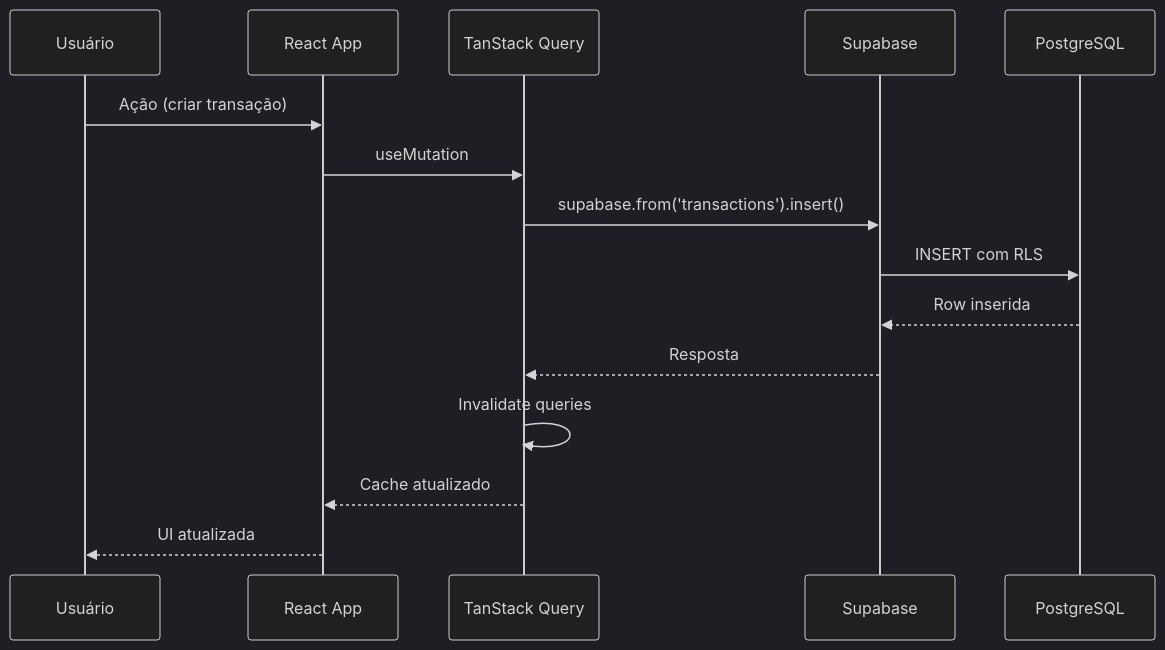
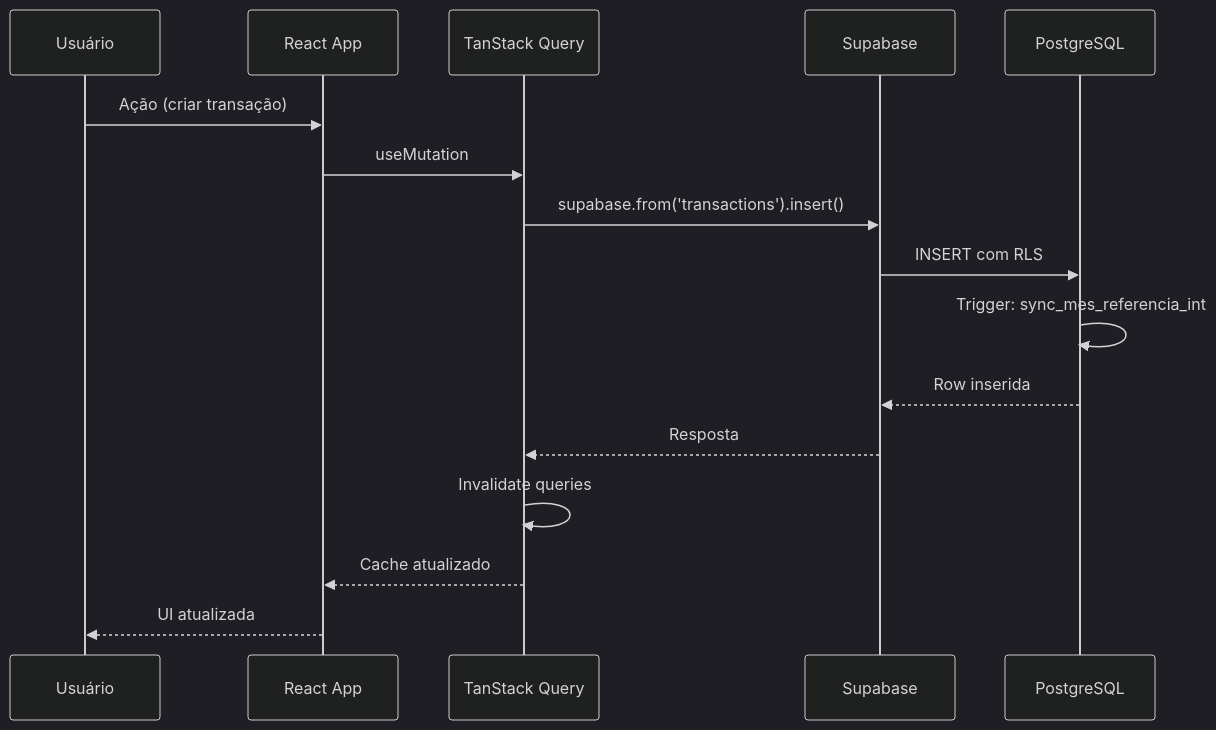
One commit to WesterlleyNeres/seu-dinheiro-planejado changed the second of 8 diagrams in DOCUMENTATION.md. Above: the diagram before and after it, drawn with Mermaid (dark theme). The commit also changed other lines of this file and 5 other files, not shown here.

````diff
--- a/DOCUMENTATION.md
+++ b/DOCUMENTATION.md
@@ -153,18 +202,19 @@
 ```mermaid
 sequenceDiagram
     participant U as Usuário
     participant R as React App
     participant TQ as TanStack Query
     participant S as Supabase
     participant DB as PostgreSQL
     
     U->>R: Ação (criar transação)
     R->>TQ: useMutation
     TQ->>S: supabase.from('transactions').insert()
     S->>DB: INSERT com RLS
+    DB->>DB: Trigger: sync_mes_referencia_int
     DB-->>S: Row inserida
     S-->>TQ: Resposta
     TQ->>TQ: Invalidate queries
     TQ-->>R: Cache atualizado
     R-->>U: UI atualizada
 ```
````
